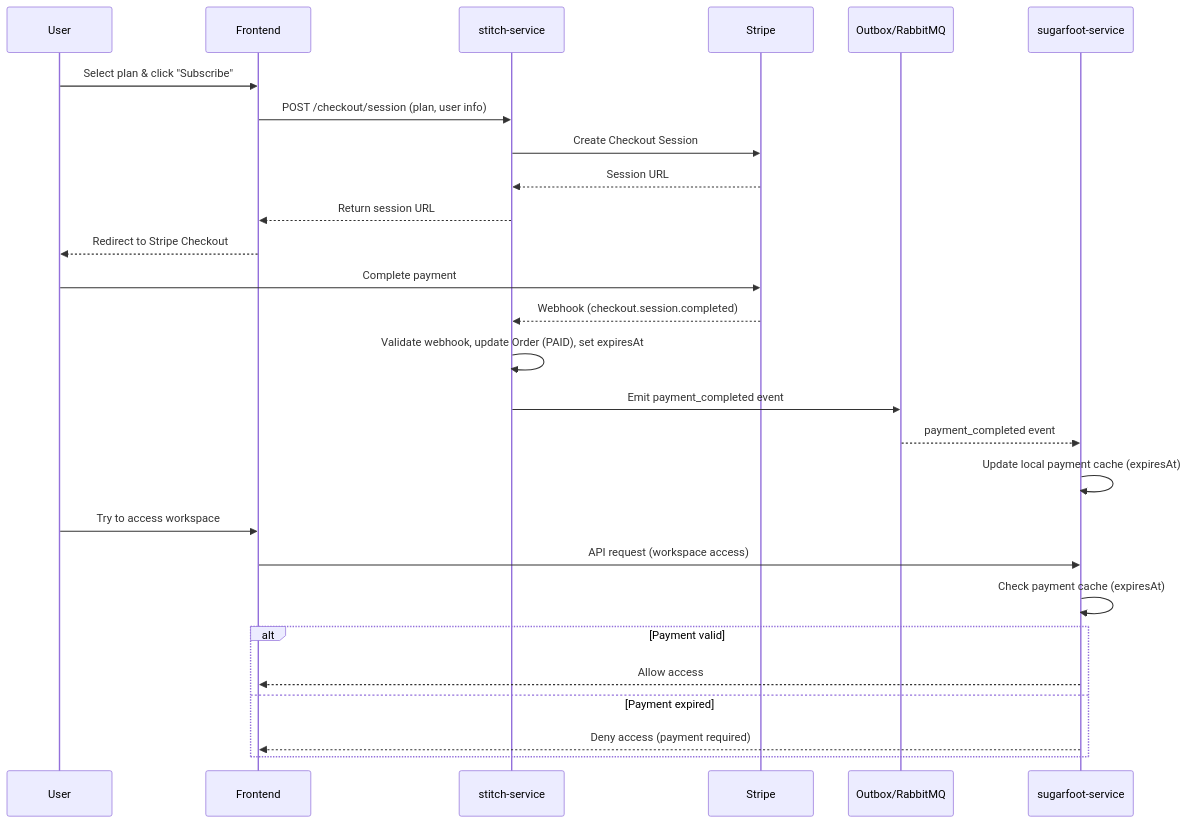
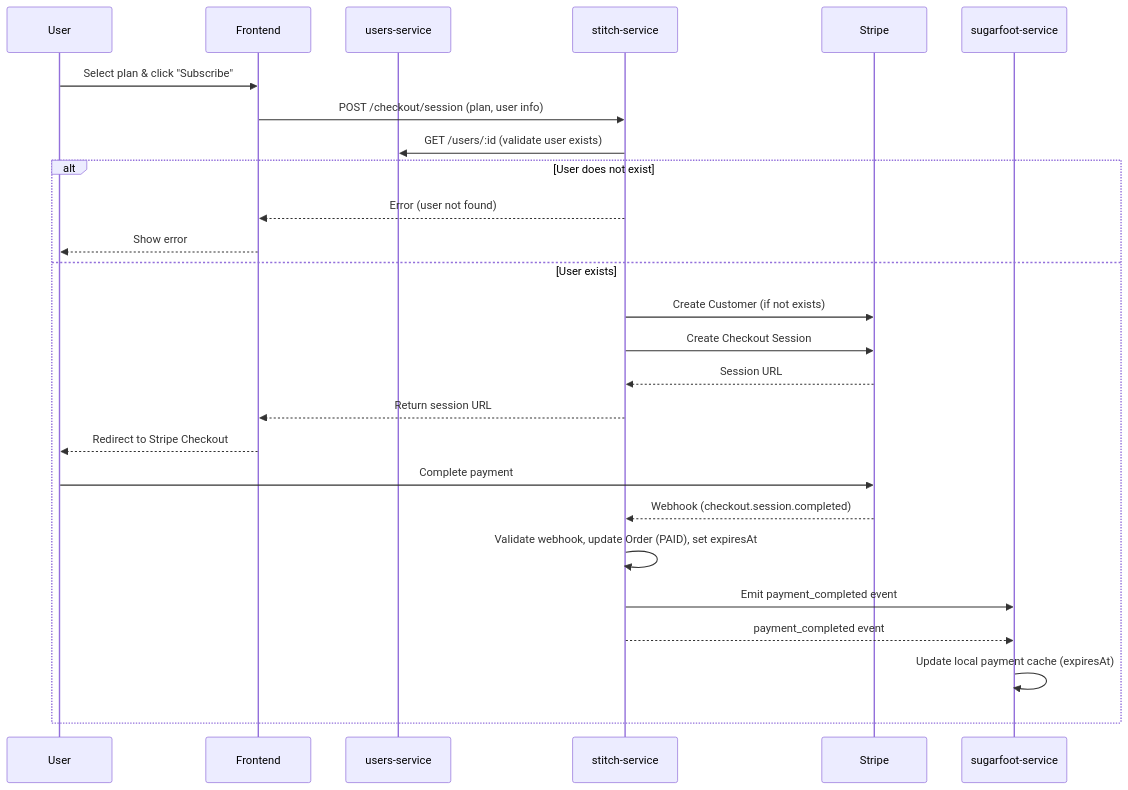
Before and after one commit to tassioFront/fubs: the diagram in apps/stitch/README.md, drawn with Mermaid. The commit also changed 12 other files, not shown here.

````diff
--- a/apps/stitch/README.md
+++ b/apps/stitch/README.md
@@ -77,30 +77,29 @@
 ```mermaid
 sequenceDiagram
 	participant U as User
 	participant FE as Frontend
+	participant Users as users-service
 	participant Stitch as stitch-service
 	participant Stripe as Stripe
-	participant Outbox as Outbox/RabbitMQ
 	participant Sugar as sugarfoot-service
 
 	U->>FE: Select plan & click "Subscribe"
 	FE->>Stitch: POST /checkout/session (plan, user info)
-	Stitch->>Stripe: Create Checkout Session
-	Stripe-->>Stitch: Session URL
-	Stitch-->>FE: Return session URL
-	FE-->>U: Redirect to Stripe Checkout
-	U->>Stripe: Complete payment
-	Stripe-->>Stitch: Webhook (checkout.session.completed)
-	Stitch->>Stitch: Validate webhook, update Order (PAID), set expiresAt
-	Stitch->>Outbox: Emit payment_completed event
-	Outbox-->>Sugar: payment_completed event
-	Sugar->>Sugar: Update local payment cache (expiresAt)
-	U->>FE: Try to access workspace
-	FE->>Sugar: API request (workspace access)
-	Sugar->>Sugar: Check payment cache (expiresAt)
-	alt Payment valid
-		Sugar-->>FE: Allow access
-	else Payment expired
-		Sugar-->>FE: Deny access (payment required)
+	Stitch->>Users: GET /users/:id (validate user exists)
+	alt User does not exist
+		Stitch-->>FE: Error (user not found)
+		FE-->>U: Show error
+	else User exists
+		Stitch->>Stripe: Create Customer (if not exists)
+		Stitch->>Stripe: Create Checkout Session
+		Stripe-->>Stitch: Session URL
+		Stitch-->>FE: Return session URL
+		FE-->>U: Redirect to Stripe Checkout
+		U->>Stripe: Complete payment
+		Stripe-->>Stitch: Webhook (checkout.session.completed)
+		Stitch->>Stitch: Validate webhook, update Order (PAID), set expiresAt
+		Stitch->>Sugar: Emit payment_completed event
+		Stitch-->>Sugar: payment_completed event
+		Sugar->>Sugar: Update local payment cache (expiresAt)
 	end
 ```
````
